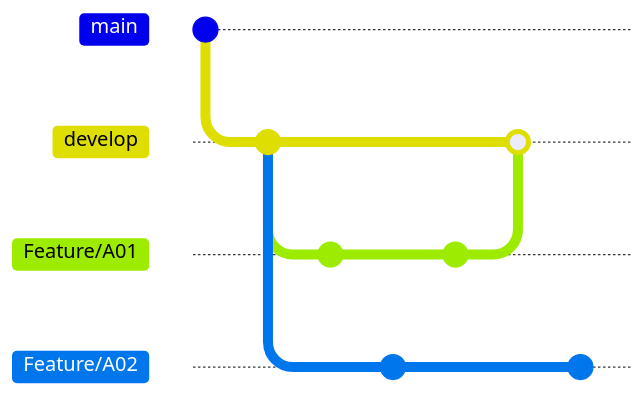
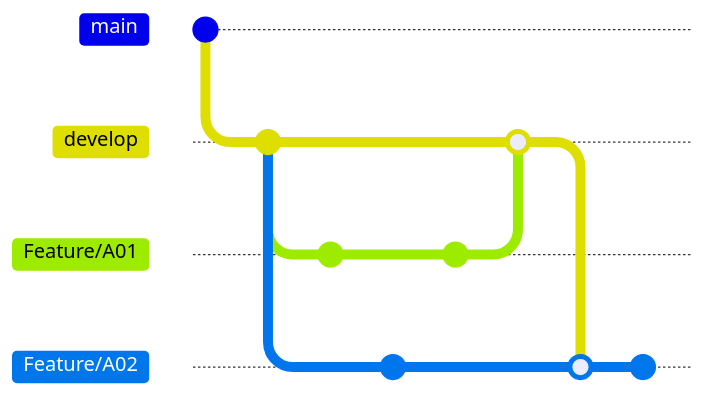
One commit to robbin0919/GITLAB changed the diagram in branching-strategy/branching-strategy01.md. Above: the diagram before and after it, drawn with Mermaid. Commit ids are hidden.

Commit message:
modified:   branching-strategy/branching-strategy01.md

````diff
--- a/branching-strategy/branching-strategy01.md
+++ b/branching-strategy/branching-strategy01.md
@@ -1,19 +1,20 @@
 ```mermaid
   %%{init: { 'logLevel': 'debug', 'theme': 'default' } }%%
       gitGraph
       commit
       branch develop
       checkout develop
       commit
       branch Feature/A01
       commit
       checkout develop
       branch Feature/A02
       commit
       checkout  Feature/A01
       commit
       checkout develop
       merge Feature/A01
       checkout  Feature/A02
+      merge develop
       commit
 ```      
````
